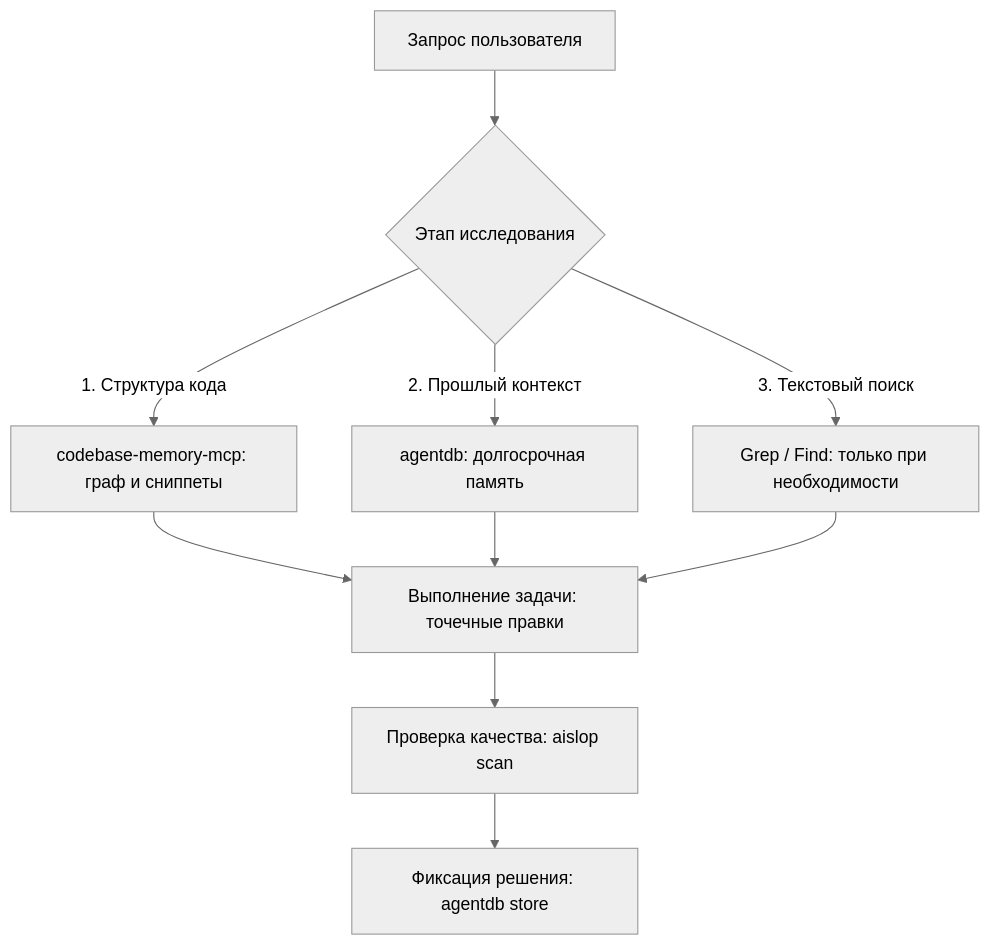
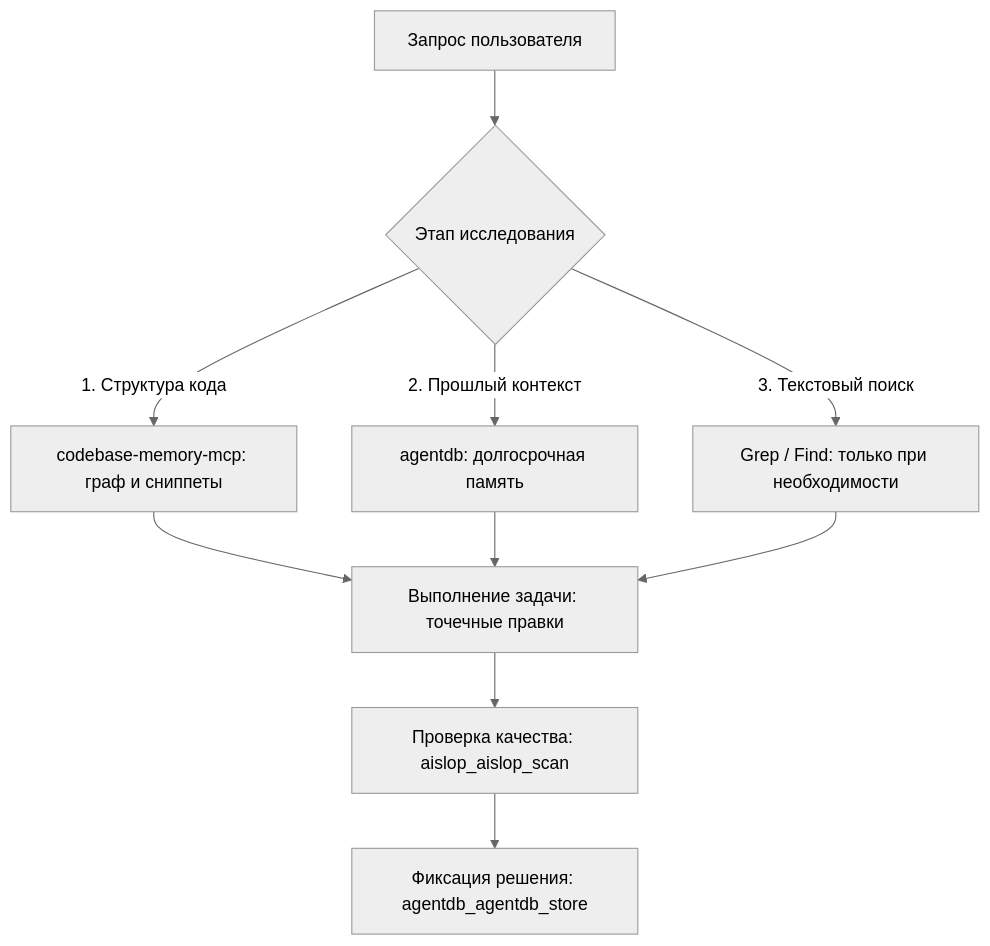
The diagram in docs/mcp-ecosystem.md (assebler-grkha/agent-templates), drawn with Mermaid (neutral theme) before and after one commit. The commit also changed other lines of this file and 49 other files, not shown here.

````diff
--- a/docs/mcp-ecosystem.md
+++ b/docs/mcp-ecosystem.md
@@ -15,14 +15,14 @@
 ```mermaid
 flowchart TD
     UserQuery[Запрос пользователя] --> SearchPhase{Этап исследования}
     SearchPhase -->|1. Структура кода| Codebase[codebase-memory-mcp: граф и сниппеты]
     SearchPhase -->|2. Прошлый контекст| Memory[agentdb: долгосрочная память]
     SearchPhase -->|3. Текстовый поиск| Grep[Grep / Find: только при необходимости]
     
     Codebase --> Execution[Выполнение задачи: точечные правки]
     Memory --> Execution
     Grep --> Execution
     
-    Execution --> QualityCheck[Проверка качества: aislop scan]
-    QualityCheck --> StoreDecision[Фиксация решения: agentdb store]
+    Execution --> QualityCheck[Проверка качества: aislop_aislop_scan]
+    QualityCheck --> StoreDecision[Фиксация решения: agentdb_agentdb_store]
 ```
````
